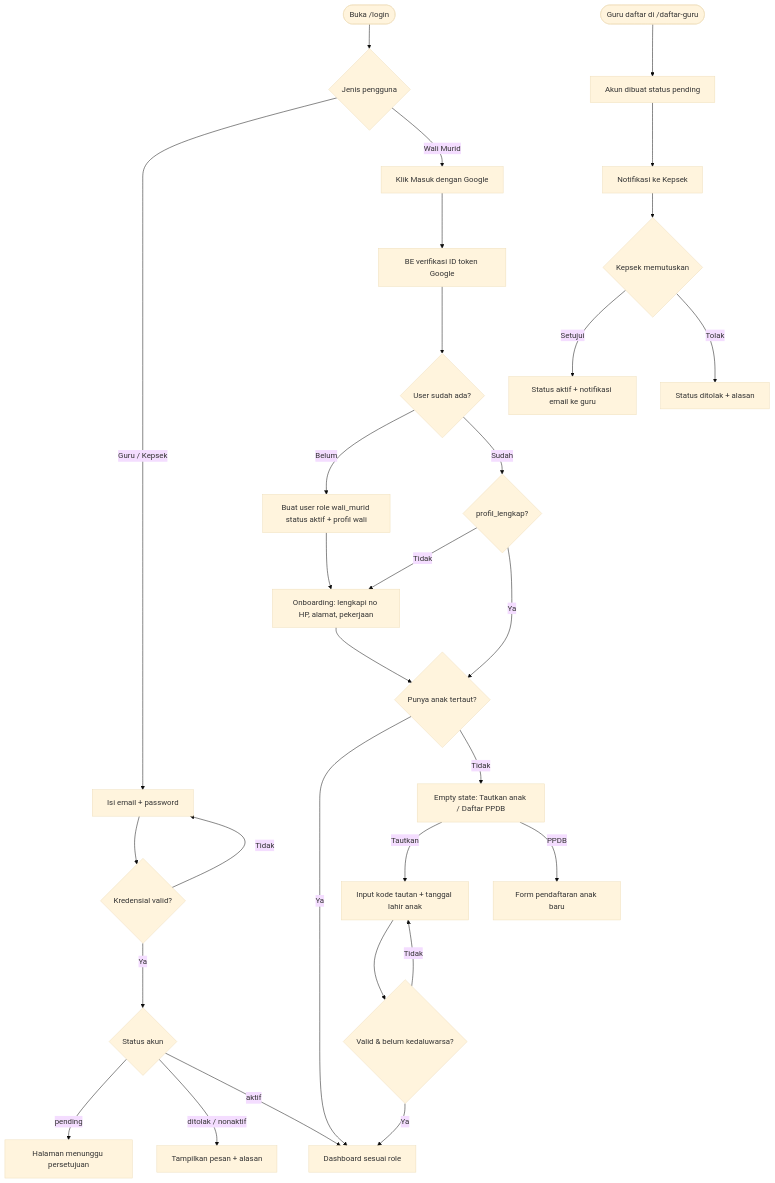
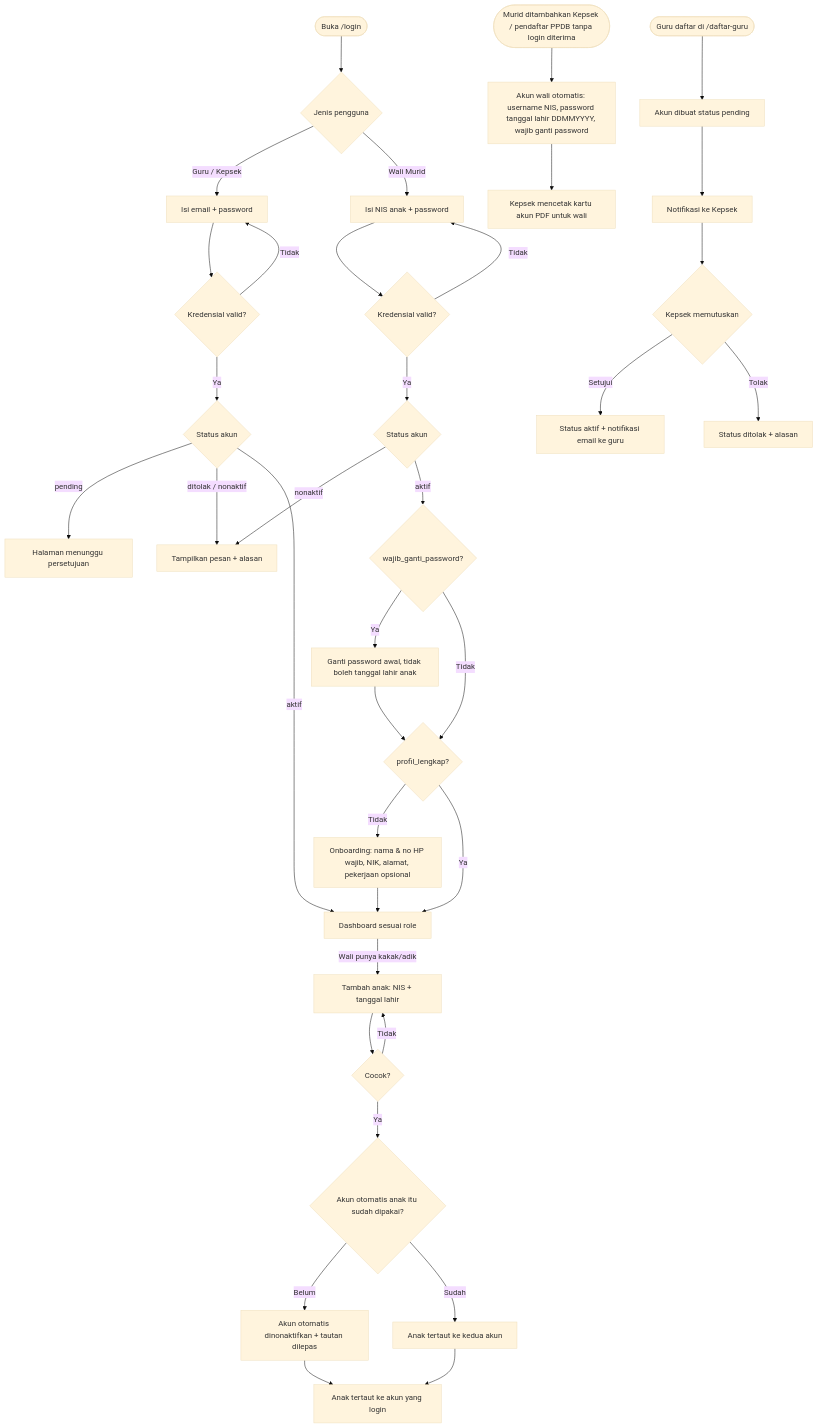
The second of 5 diagrams in PROMPT_BE_TK.md (Keyanffz/TK_TA8_BE), drawn with Mermaid (base theme) before and after one commit. The commit also changed other lines of this file and 3 other files, not shown here.

First line of the commit message:
docs: kontrak login wali NIS, dokumentasi, dan ekspor api.json

````diff
--- a/PROMPT_BE_TK.md
+++ b/PROMPT_BE_TK.md
@@ -279,32 +281,38 @@
 ```mermaid
 flowchart TD
     A([Buka /login]) --> B{Jenis pengguna}
     B -->|Guru / Kepsek| C[Isi email + password]
     C --> D{Kredensial valid?}
     D -->|Tidak| C
     D -->|Ya| E{Status akun}
     E -->|pending| F[Halaman menunggu persetujuan]
     E -->|ditolak / nonaktif| G[Tampilkan pesan + alasan]
     E -->|aktif| H[Dashboard sesuai role]
-    B -->|Wali Murid| I[Klik Masuk dengan Google]
-    I --> J[BE verifikasi ID token Google]
-    J --> K{User sudah ada?}
-    K -->|Belum| L[Buat user role wali_murid status aktif + profil wali]
-    K -->|Sudah| M{profil_lengkap?}
-    L --> N[Onboarding: lengkapi no HP, alamat, pekerjaan]
-    M -->|Tidak| N
-    M -->|Ya| O{Punya anak tertaut?}
-    N --> O
-    O -->|Ya| H
-    O -->|Tidak| P[Empty state: Tautkan anak / Daftar PPDB]
-    P -->|Tautkan| Q[Input kode tautan + tanggal lahir anak]
-    Q --> R{Valid & belum kedaluwarsa?}
-    R -->|Ya| H
-    R -->|Tidak| Q
-    P -->|PPDB| S[Form pendaftaran anak baru]
+    Z([Murid ditambahkan Kepsek / pendaftar PPDB tanpa login diterima]) --> Z1[Akun wali otomatis: username NIS, password tanggal lahir DDMMYYYY, wajib ganti password]
+    Z1 --> Z2[Kepsek mencetak kartu akun PDF untuk wali]
+    B -->|Wali Murid| I[Isi NIS anak + password]
+    I --> J{Kredensial valid?}
+    J -->|Tidak| I
+    J -->|Ya| K{Status akun}
+    K -->|nonaktif| G
+    K -->|aktif| L{wajib_ganti_password?}
+    L -->|Ya| M[Ganti password awal, tidak boleh tanggal lahir anak]
+    M --> N{profil_lengkap?}
+    L -->|Tidak| N
+    N -->|Tidak| O[Onboarding: nama & no HP wajib, NIK, alamat, pekerjaan opsional]
+    N -->|Ya| H
+    O --> H
+    H -->|Wali punya kakak/adik| P[Tambah anak: NIS + tanggal lahir]
+    P --> Q{Cocok?}
+    Q -->|Tidak| P
+    Q -->|Ya| R{Akun otomatis anak itu sudah dipakai?}
+    R -->|Belum| R1[Akun otomatis dinonaktifkan + tautan dilepas]
+    R -->|Sudah| R2[Anak tertaut ke kedua akun]
+    R1 --> S[Anak tertaut ke akun yang login]
+    R2 --> S
     T([Guru daftar di /daftar-guru]) --> U[Akun dibuat status pending]
     U --> V[Notifikasi ke Kepsek]
     V --> W{Kepsek memutuskan}
     W -->|Setujui| X[Status aktif + notifikasi email ke guru]
     W -->|Tolak| Y[Status ditolak + alasan]
 ```
````
